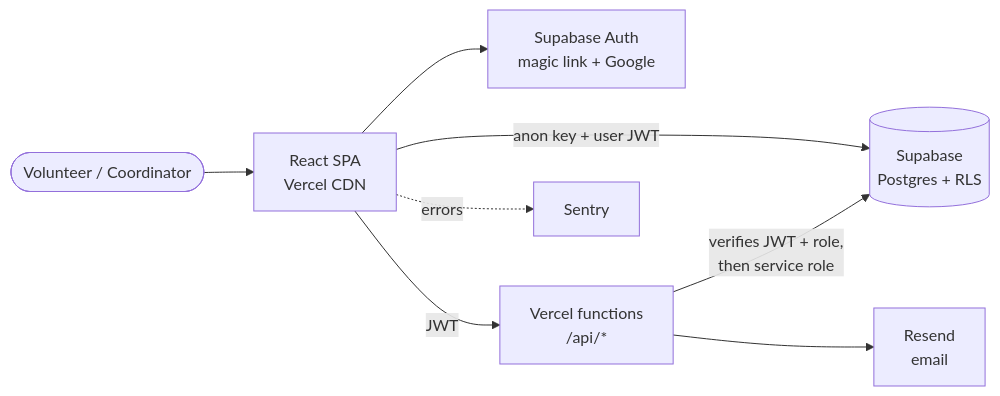
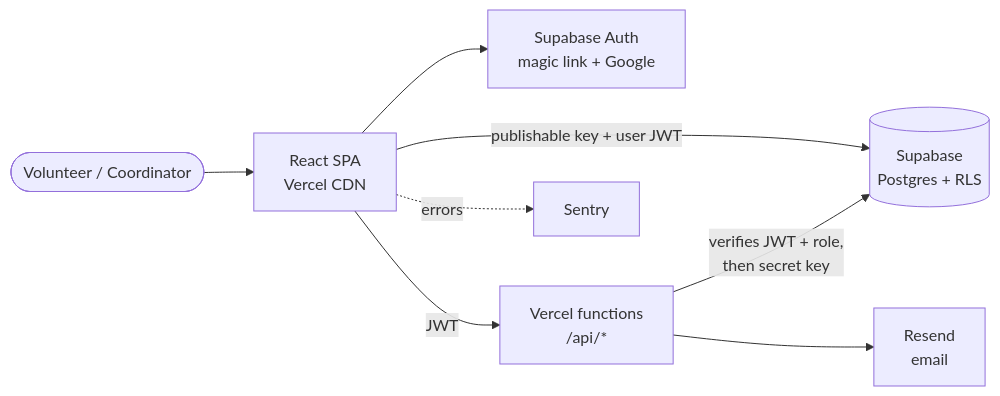
One commit to JeffHenry/showing-up changed the first of 3 diagrams in README.md. Above: the diagram before and after it, drawn with Mermaid. The commit also changed other lines of this file and 15 other files, not shown here.

First line of the commit message:
feat(db): multi-tenant core schema with RLS and pgTAP tests (Phase 0.4a) (#7)

````diff
--- a/README.md
+++ b/README.md
@@ -74,10 +75,10 @@
 ```mermaid
 flowchart LR
   user([Volunteer / Coordinator]) --> spa[React SPA<br/>Vercel CDN]
-  spa -- "anon key + user JWT" --> sb[(Supabase<br/>Postgres + RLS)]
+  spa -- "publishable key + user JWT" --> sb[(Supabase<br/>Postgres + RLS)]
   spa --> auth[Supabase Auth<br/>magic link + Google]
   spa -- "JWT" --> api[Vercel functions<br/>/api/*]
-  api -- "verifies JWT + role,<br/>then service role" --> sb
+  api -- "verifies JWT + role,<br/>then secret key" --> sb
   api --> email[Resend<br/>email]
   spa -. errors .-> sentry[Sentry]
 ```
````
